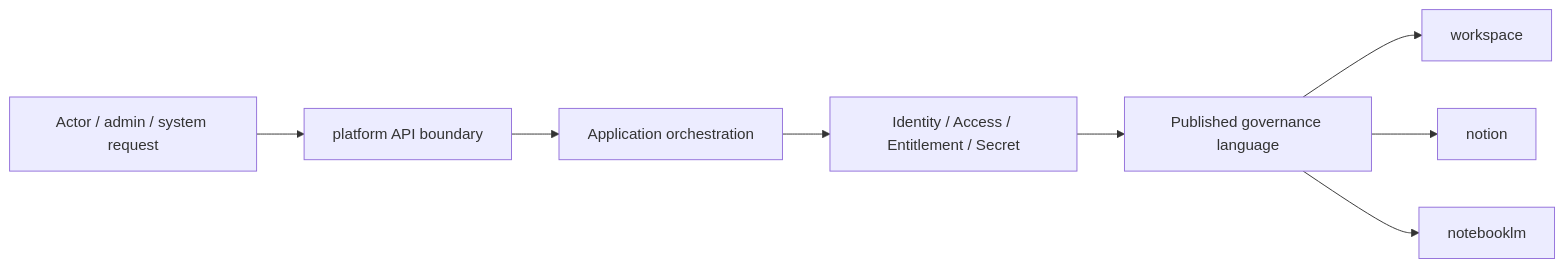
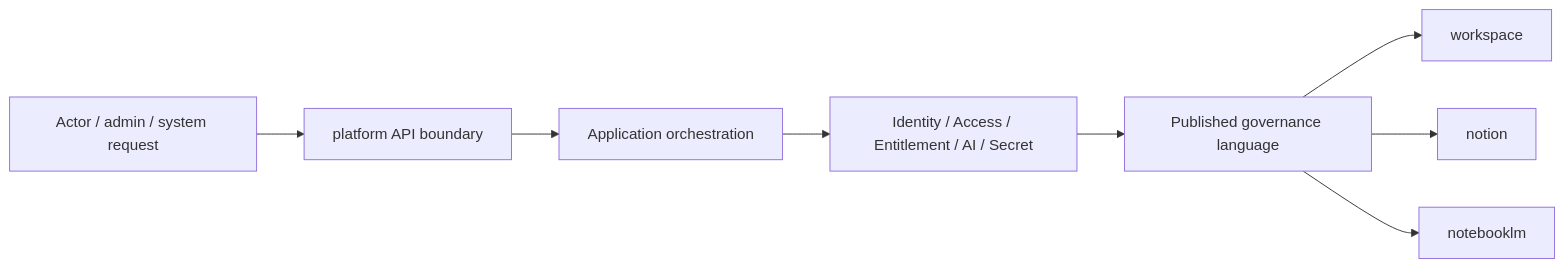
One commit to 122sp7/xuanwu-app changed the second of 2 diagrams in docs/contexts/platform/AGENT.md. Above: the diagram before and after it, drawn with Mermaid. The commit also changed other lines of this file and 12 other files, not shown here.

````diff
--- a/docs/contexts/platform/AGENT.md
+++ b/docs/contexts/platform/AGENT.md
@@ -91,10 +95,10 @@
 ```mermaid
 flowchart LR
 	Request["Actor / admin / system request"] --> Boundary["platform API boundary"]
 	Boundary --> App["Application orchestration"]
-	App --> Domain["Identity / Access / Entitlement / Secret"]
+	App --> Domain["Identity / Access / Entitlement / AI / Secret"]
 	Domain --> PL["Published governance language"]
 	PL --> Workspace["workspace"]
 	PL --> Notion["notion"]
 	PL --> NotebookLM["notebooklm"]
 ```
````
